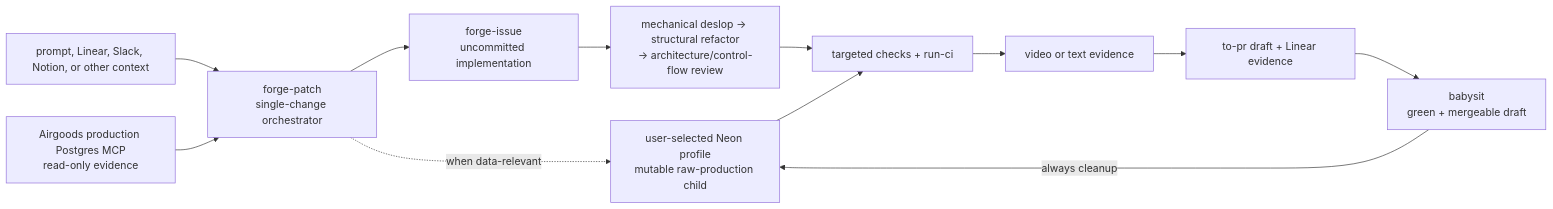
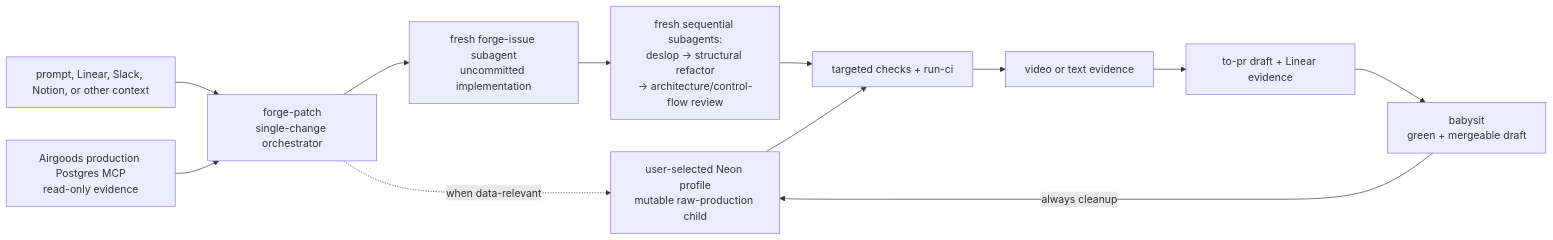
The first of 3 diagrams in ai-dev-workflow/README.md (evan-mavis/skills), drawn with Mermaid before and after one commit. The commit also changed other lines of this file and 5 other files, not shown here.

````diff
--- a/ai-dev-workflow/README.md
+++ b/ai-dev-workflow/README.md
@@ -10,25 +10,25 @@
 ```mermaid
 flowchart LR
   SRC["prompt, Linear, Slack, Notion, or other context"]
   PATCH["forge-patch<br/>single-change orchestrator"]
-  ISSUE["forge-issue<br/>uncommitted implementation"]
-  REVIEW["mechanical deslop → structural refactor<br/>→ architecture/control-flow review"]
+  ISSUE["fresh forge-issue subagent<br/>uncommitted implementation"]
+  REVIEW["fresh sequential subagents:<br/>deslop → structural refactor<br/>→ architecture/control-flow review"]
   CI["targeted checks + run-ci"]
   PROD["Airgoods production Postgres MCP<br/>read-only evidence"]
   NEON["user-selected Neon profile<br/>mutable raw-production child"]
   EVIDENCE["video or text evidence"]
   OUT["to-pr draft + Linear evidence"]
   BABY["babysit<br/>green + mergeable draft"]
 
   SRC --> PATCH
   PROD --> PATCH
   PATCH -.->|"when data-relevant"| NEON
   PATCH --> ISSUE
   ISSUE --> REVIEW
   REVIEW --> CI
   NEON --> CI
   CI --> EVIDENCE
   EVIDENCE --> OUT
   OUT --> BABY
   BABY -->|"always cleanup"| NEON
 ```
````
